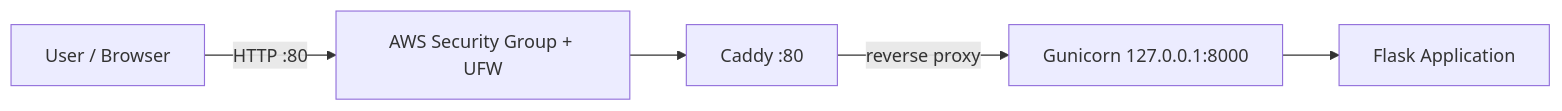
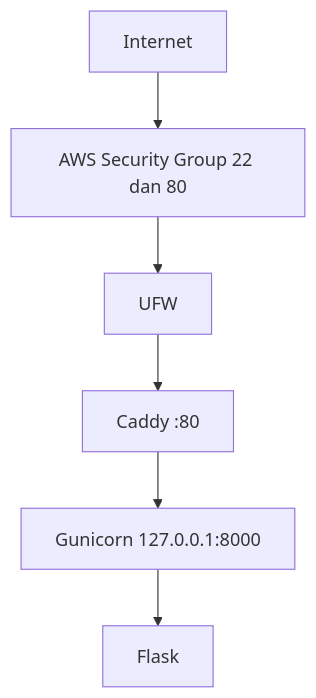
The first of 2 diagrams in docs/architecture.md (putrirosmalia62-glitch/cc-25832072012-mediremind), drawn with Mermaid before and after one commit. The commit also changed other lines of this file, not shown here.

Commit message:
docs: update architecture to match implementation

````diff
--- a/docs/architecture.md
+++ b/docs/architecture.md
@@ -5,7 +5,11 @@
 ```mermaid
-flowchart LR
-    U[User / Browser] -->|HTTP :80| SG[AWS Security Group + UFW]
-    SG --> C[Caddy :80]
-    C -->|reverse proxy| G[Gunicorn 127.0.0.1:8000]
-    G --> F[Flask Application]
+flowchart TB
+    I[Internet]
+    SG[AWS Security Group 22 dan 80]
+    F[UFW]
+    C[Caddy :80]
+    G[Gunicorn 127.0.0.1:8000]
+    A[Flask]
+
+    I --> SG --> F --> C --> G --> A
 ```
````
